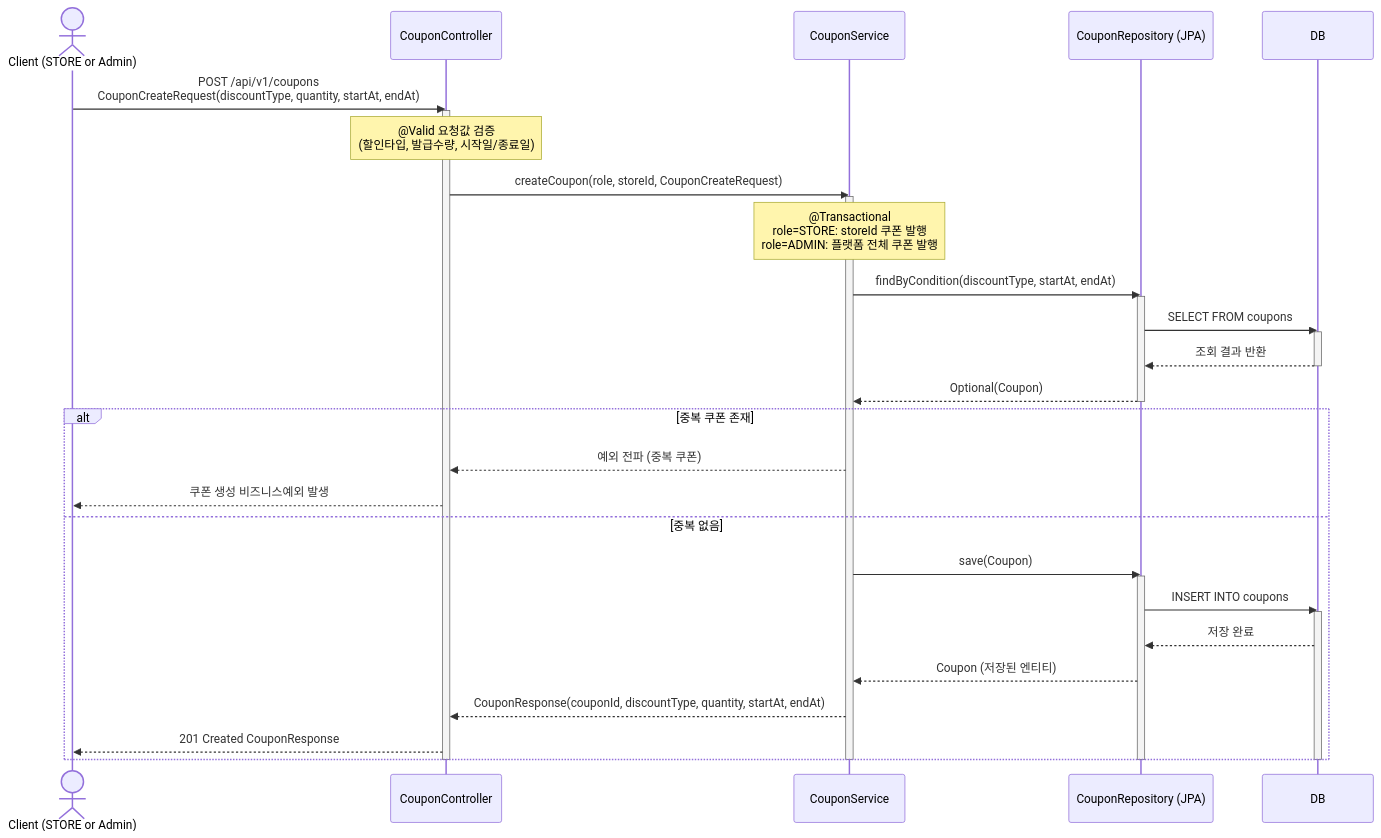
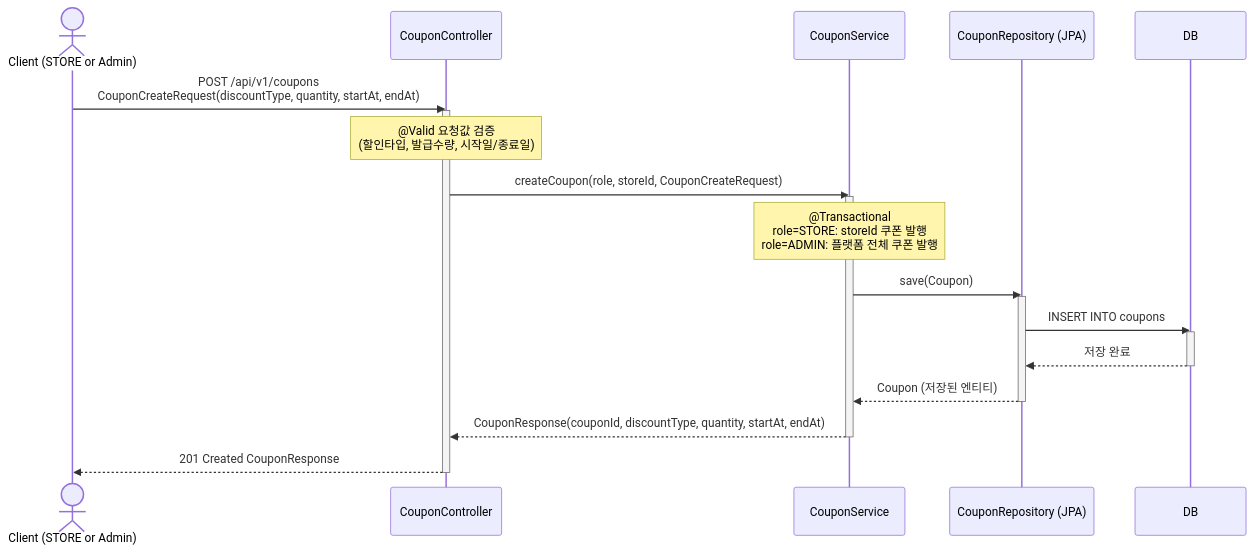
One commit to ccommit/stylehub changed the third of 3 diagrams in README.md. Above: the diagram before and after it, drawn with Mermaid. The commit also changed other lines of this file, not shown here.

Commit message:
Revise SQL queries in README for payments and coupons
Updated database operations in the README to reflect changes in SQL queries for payment and coupon creation processes.

````diff
--- a/README.md
+++ b/README.md
@@ -423,44 +423,27 @@
 ``` mermaid
 
 sequenceDiagram
     actor Client as Client (STORE or Admin)
     participant Controller as CouponController
     participant Service as CouponService
     participant Repository as CouponRepository (JPA)
     participant DB as DB
-
     Client->>Controller: POST /api/v1/coupons<br/>CouponCreateRequest(discountType, quantity, startAt, endAt)
     activate Controller
     Note over Controller: @Valid 요청값 검증<br/>(할인타입, 발급수량, 시작일/종료일)
     Controller->>Service: createCoupon(role, storeId, CouponCreateRequest)
     activate Service
     Note over Service: @Transactional<br/>role=STORE: storeId 쿠폰 발행<br/>role=ADMIN: 플랫폼 전체 쿠폰 발행
-
-    Service->>Repository: findByCondition(discountType, startAt, endAt)
+    Service->>Repository: save(Coupon)
     activate Repository
-    Repository->>DB: SELECT FROM coupons
+    Repository->>DB: INSERT INTO coupons
     activate DB
-    DB-->>Repository: 조회 결과 반환
+    DB-->>Repository: 저장 완료
     deactivate DB
-    Repository-->>Service: Optional(Coupon)
+    Repository-->>Service: Coupon (저장된 엔티티)
     deactivate Repository
-
-    alt 중복 쿠폰 존재
-        Service-->>Controller: 예외 전파 (중복 쿠폰)
-        Controller-->>Client: 쿠폰 생성 비즈니스예외 발생
-    else 중복 없음
-        Service->>Repository: save(Coupon)
-        activate Repository
-        Repository->>DB: INSERT INTO coupons
-        activate DB
-        DB-->>Repository: 저장 완료
-        Repository-->>Service: Coupon (저장된 엔티티)
-        Service-->>Controller: CouponResponse(couponId, discountType, quantity, startAt, endAt)
-        Controller-->>Client: 201 Created CouponResponse
-    end
-
-    deactivate DB
-    deactivate Repository
+    Service-->>Controller: CouponResponse(couponId, discountType, quantity, startAt, endAt)
     deactivate Service
+    Controller-->>Client: 201 Created CouponResponse
     deactivate Controller
 ```
````
